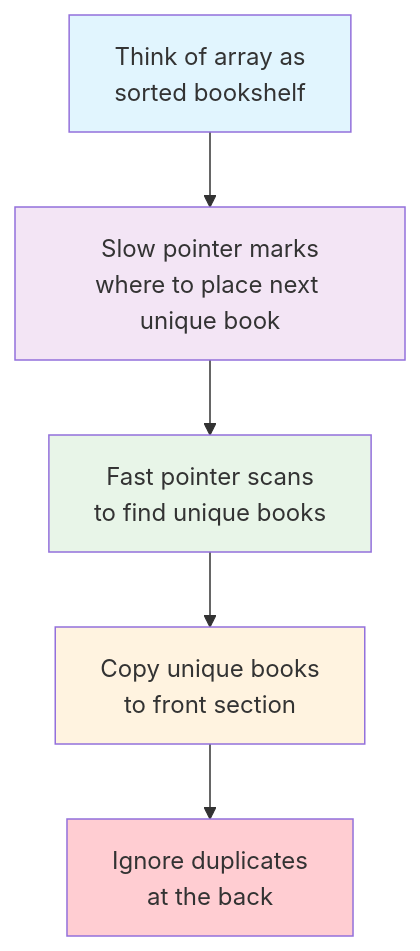
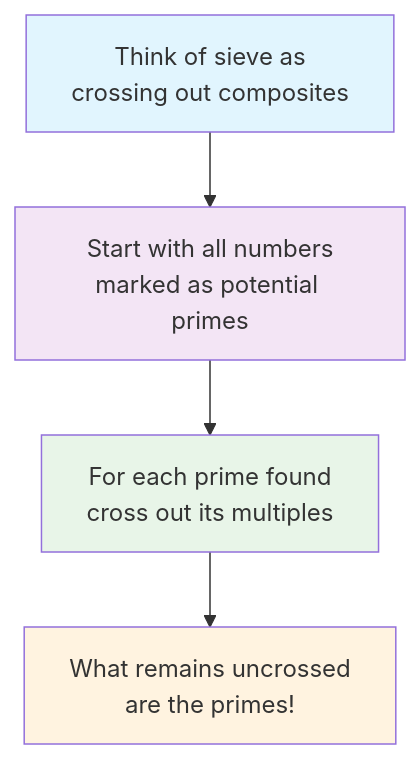
Diagram 13 of 13 in README.md (LuckyLongre123/README_RUNNER), drawn with Mermaid before and after one commit. The commit also changed other lines of this file, not shown here.

````diff
--- a/README.md
+++ b/README.md
@@ -717,13 +730,11 @@
 ```mermaid
 flowchart TD
-    A["Think of array as<br/>sorted bookshelf"] --> B["Slow pointer marks<br/>where to place next unique book"]
-    B --> C["Fast pointer scans<br/>to find unique books"]
-    C --> D["Copy unique books<br/>to front section"]
-    D --> E["Ignore duplicates<br/>at the back"]
+    A[Think of sieve as<br/>crossing out composites] --> B[Start with all numbers<br/>marked as potential primes]
+    B --> C[For each prime found<br/>cross out its multiples]
+    C --> D[What remains uncrossed<br/>are the primes!]
     
     style A fill:#e1f5fe
     style B fill:#f3e5f5
     style C fill:#e8f5e8
     style D fill:#fff3e0
-    style E fill:#ffcdd2
 ```
````
